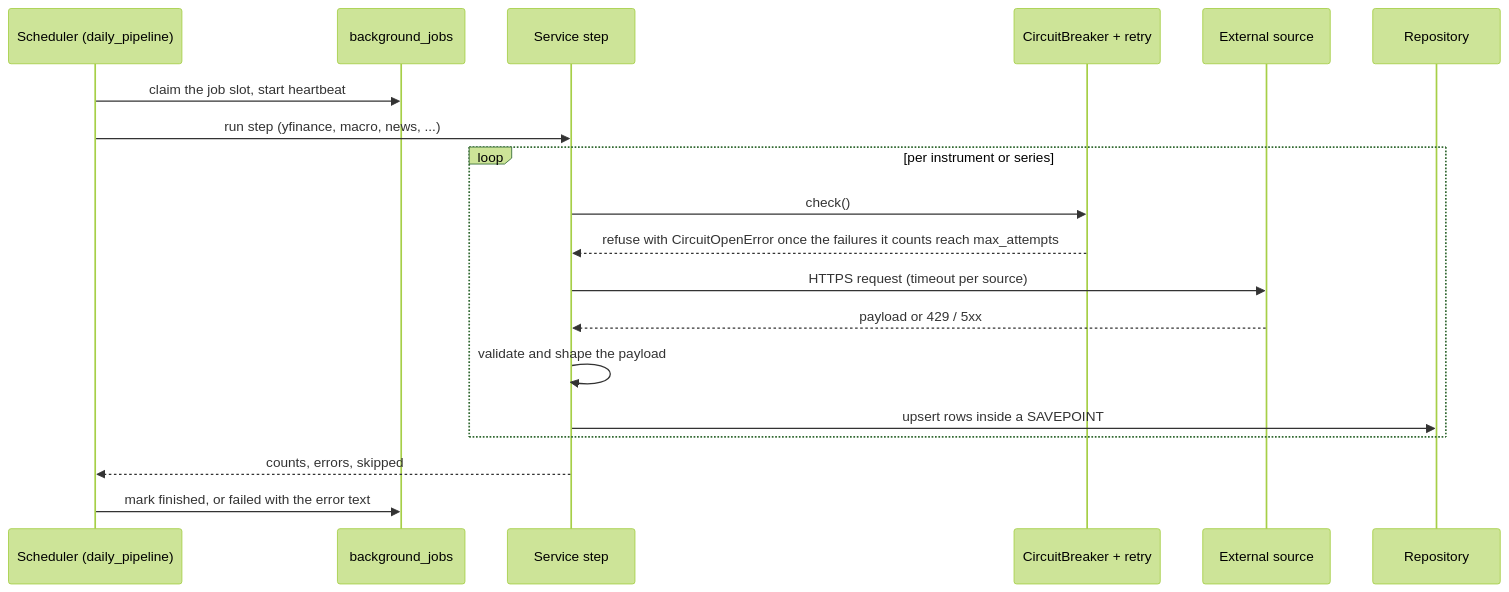
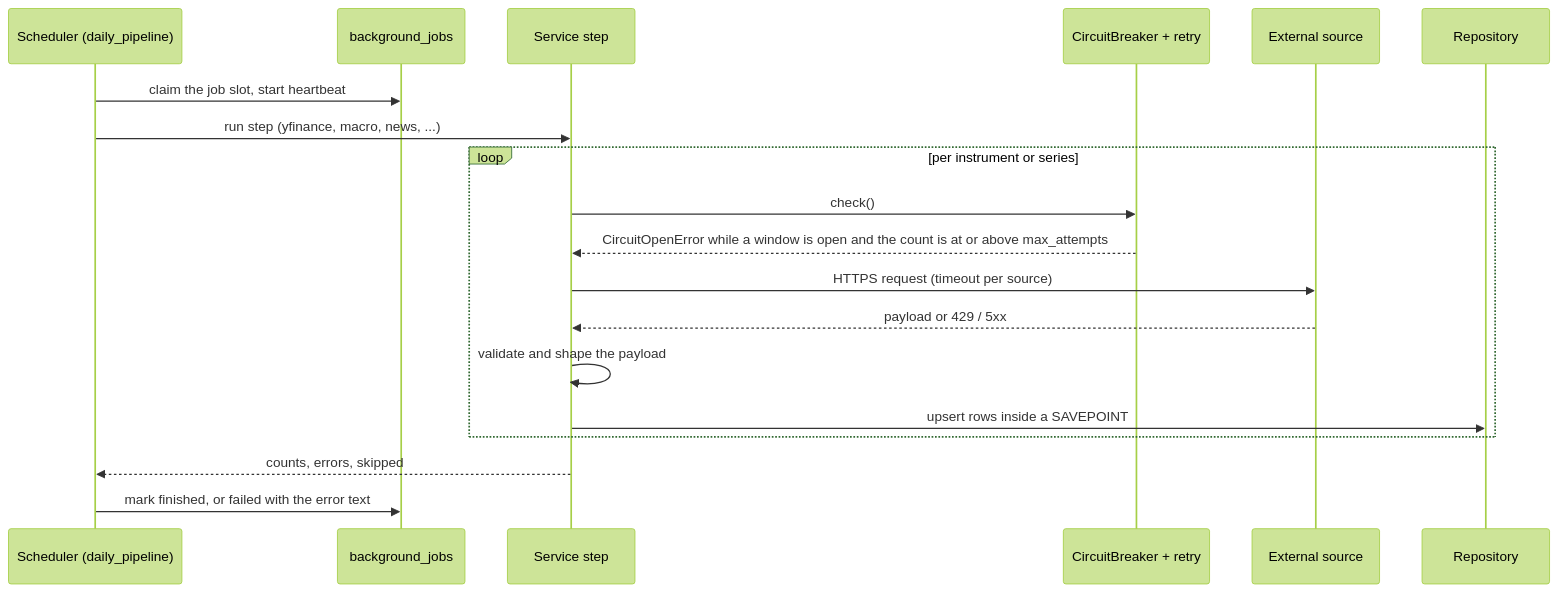
One commit to SilvioBaratto/optimizer changed the second of 3 diagrams in docs/integrations.md. Above: the diagram before and after it, drawn with Mermaid (forest theme). The commit also changed other lines of this file and 12 other files, not shown here.

````diff
--- a/docs/integrations.md
+++ b/docs/integrations.md
@@ -44,21 +44,21 @@
 ```mermaid
 sequenceDiagram
     participant S as Scheduler (daily_pipeline)
     participant J as background_jobs
     participant V as Service step
     participant B as CircuitBreaker + retry
     participant X as External source
     participant R as Repository
     S->>J: claim the job slot, start heartbeat
     S->>V: run step (yfinance, macro, news, ...)
     loop per instrument or series
         V->>B: check()
-        B-->>V: refuse with CircuitOpenError once the failures it counts reach max_attempts
+        B-->>V: CircuitOpenError while a window is open and the count is at or above max_attempts
         V->>X: HTTPS request (timeout per source)
         X-->>V: payload or 429 / 5xx
         V->>V: validate and shape the payload
         V->>R: upsert rows inside a SAVEPOINT
     end
     V-->>S: counts, errors, skipped
     S->>J: mark finished, or failed with the error text
 ```
````
